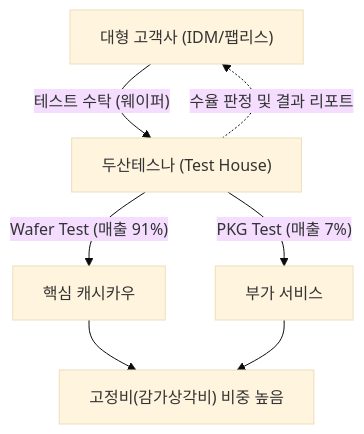
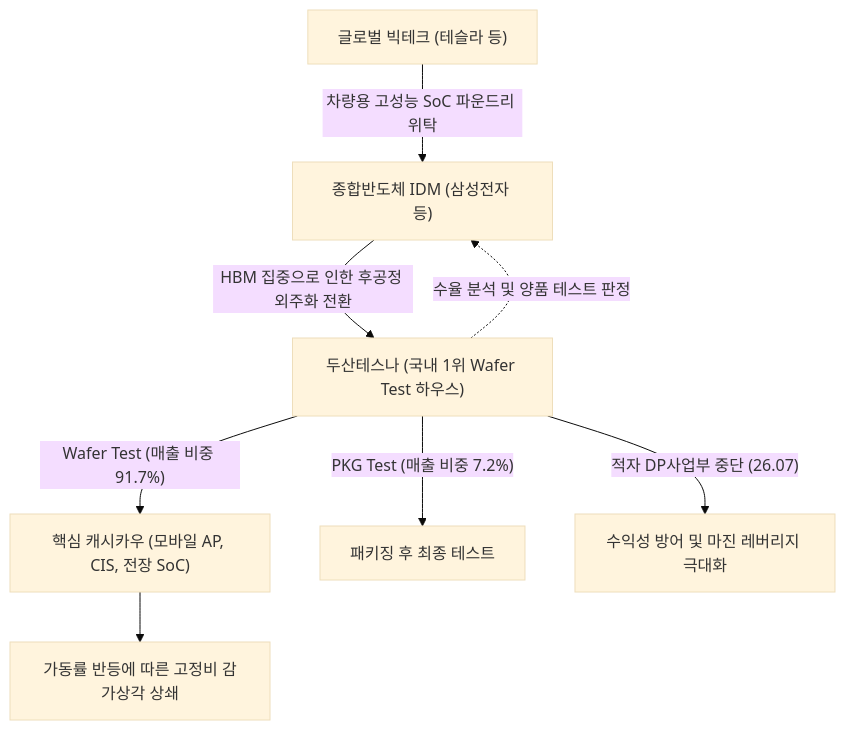
The diagram in Stock_Research/두산테스나/3_Final_Reports/Phase1_Report.md (eve830521-cmd/my-skill), drawn with Mermaid (base theme) before and after one commit. The commit also changed other lines of this file and 127 other files, not shown here.

````diff
--- a/Stock_Research/두산테스나/3_Final_Reports/Phase1_Report.md
+++ b/Stock_Research/두산테스나/3_Final_Reports/Phase1_Report.md
@@ -11,9 +17,10 @@
 ```mermaid
 graph TD
-    A["대형 고객사 (IDM/팹리스)"] -->|"테스트 수탁 (웨이퍼)"| B["두산테스나 (Test House)"]
-    B -. "수율 판정 및 결과 리포트" .-> A
-    B -->|"Wafer Test (매출 91%)"| C["핵심 캐시카우"]
-    B -->|"PKG Test (매출 7%)"| D["부가 서비스"]
-    C --> E["고정비(감가상각비) 비중 높음"]
-    D --> E
+    A["종합반도체 IDM (삼성전자 등)"] -->|"HBM 집중으로 인한 후공정 외주화 전환"| B["두산테스나 (국내 1위 Wafer Test 하우스)"]
+    T["글로벌 빅테크 (테슬라 등)"] -->|"차량용 고성능 SoC 파운드리 위탁"| A
+    B -. "수율 분석 및 양품 테스트 판정" .-> A
+    B -->|"Wafer Test (매출 비중 91.7%)"| C["핵심 캐시카우 (모바일 AP, CIS, 전장 SoC)"]
+    B -->|"PKG Test (매출 비중 7.2%)"| D["패키징 후 최종 테스트"]
+    B -->|"적자 DP사업부 중단 (26.07)"| E["수익성 방어 및 마진 레버리지 극대화"]
+    C --> F["가동률 반등에 따른 고정비 감가상각 상쇄"]
 ```
````
